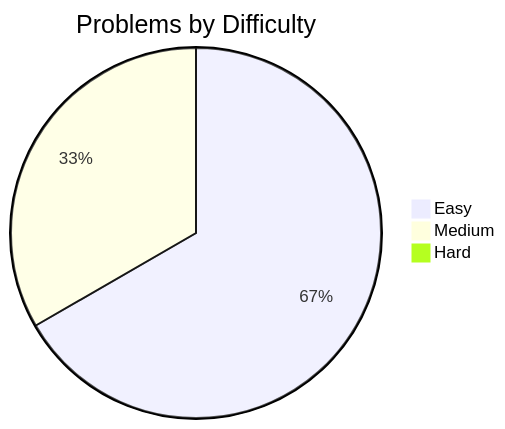
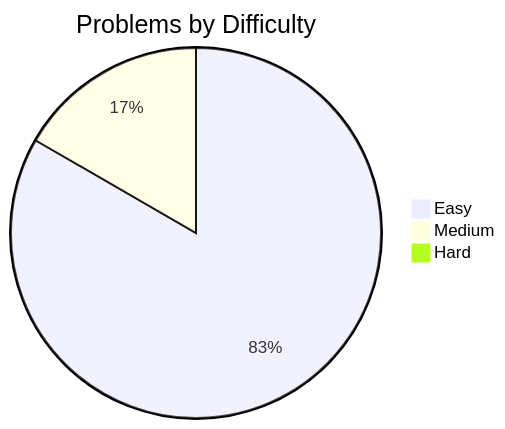
One commit to davelin18yufan/leetcode-journal changed the diagram in README.md. Above: the diagram before and after it, drawn with Mermaid. The commit also changed other lines of this file and 3 other files, not shown here.

````diff
--- a/README.md
+++ b/README.md
@@ -9,7 +9,7 @@
 ```mermaid
 pie
     title Problems by Difficulty
-    "Easy" : 2
+    "Easy" : 5
     "Medium" : 1
     "Hard" : 0
 ```
````
